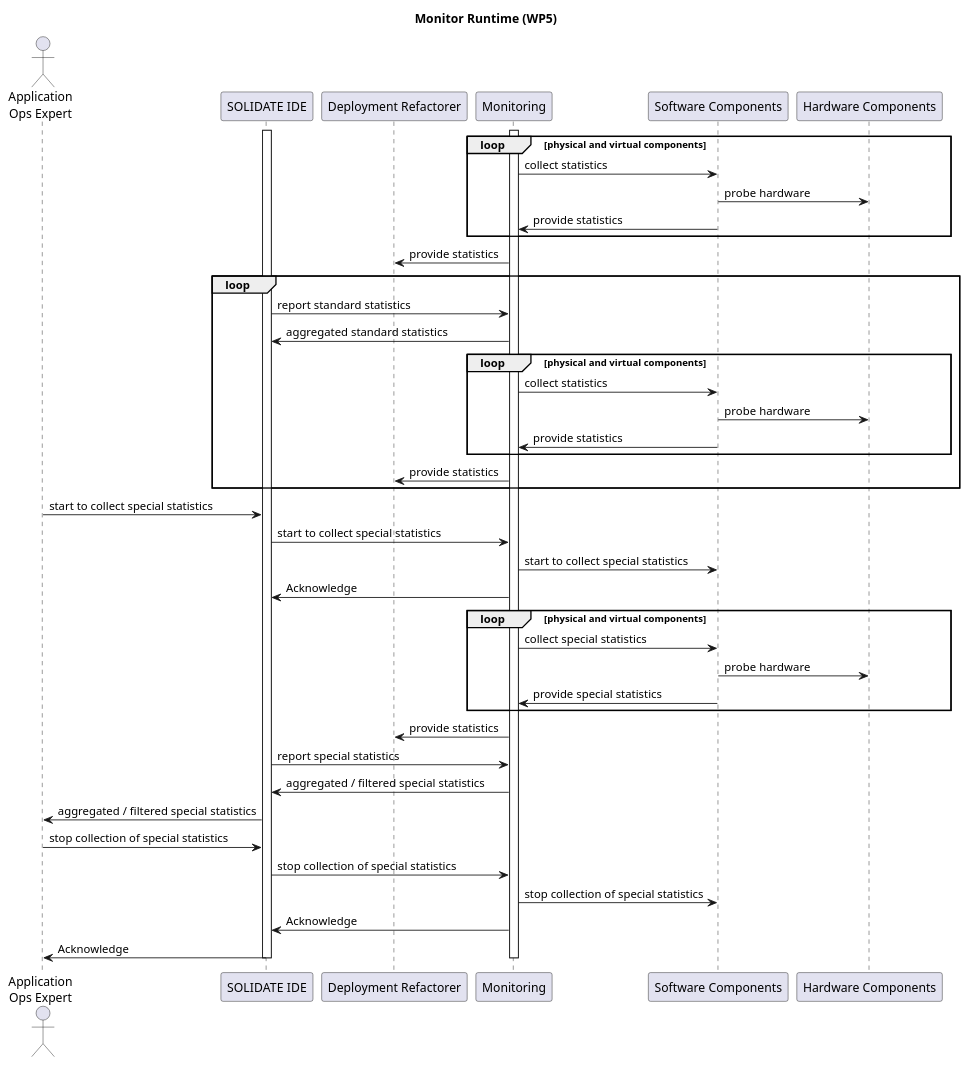
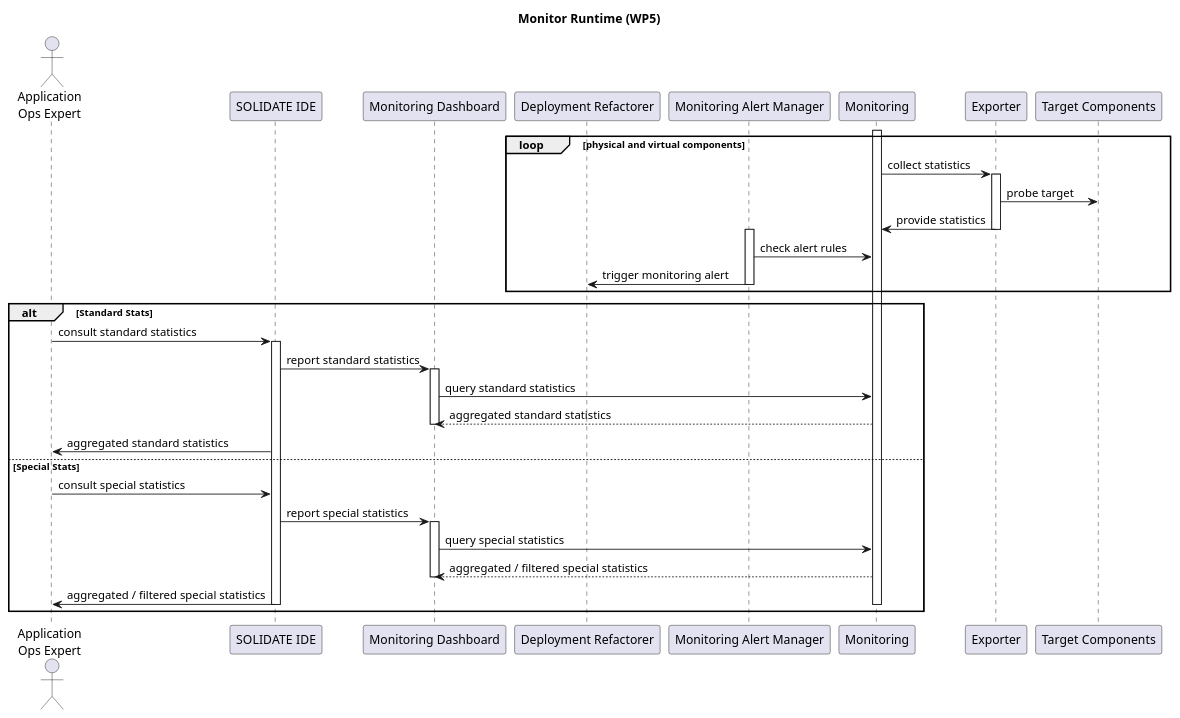
Before and after one commit to SODALITE-EU/project-wide-documentation: the diagram in uml/sequence-diagrams/UC-08-MonitorRuntime-WP5.puml, drawn with PlantUML. The commit also changed 6 other files, not shown here.

Commit message:
WP5 architecture and related UC updates from Atos

```diff
--- a/uml/sequence-diagrams/UC-08-MonitorRuntime-WP5.puml
+++ b/uml/sequence-diagrams/UC-08-MonitorRuntime-WP5.puml
@@ -1,53 +1,49 @@
 @startuml
 
 title Monitor Runtime (WP5)
 
 actor "Application\nOps Expert" as ops
 participant "SOLIDATE IDE" as ide
+participant "Monitoring Dashboard" as dash
 participant “Deployment Refactorer” as dr
+participant “Monitoring Alert Manager” as alert_mngr
 participant  "Monitoring" as monitoring
-participant "Software Components" as software
-participant "Hardware Components" as hardware
+participant "Exporter" as software
+participant "Target Components" as hardware
 
 activate monitoring
-activate ide
+
 loop physical and virtual components
   monitoring->software: collect statistics
-  software->hardware: probe hardware
+  activate software
+  software->hardware: probe target
   software->monitoring: provide statistics
-end
-monitoring->dr: provide statistics
-
-loop
-  ide->monitoring: report standard statistics
-  monitoring->ide: aggregated standard statistics
-  loop physical and virtual components
-    monitoring->software: collect statistics
-    software->hardware: probe hardware
-    software->monitoring: provide statistics
-  end
-  monitoring->dr: provide statistics
+  deactivate software
+  activate alert_mngr
+  monitoring<-alert_mngr: check alert rules
+  alert_mngr->dr: trigger monitoring alert
+  deactivate alert_mngr
 end
 
-ops->ide: start to collect special statistics
-ide->monitoring: start to collect special statistics
-monitoring->software: start to collect special statistics
-monitoring->ide: Acknowledge
-  loop physical and virtual components
-    monitoring->software: collect special statistics
-    software->hardware: probe hardware
-    software->monitoring: provide special statistics
-  end
-monitoring->dr: provide statistics
-ide->monitoring: report special statistics
-monitoring->ide: aggregated / filtered special statistics
+alt Standard Stats
+  ops->ide: consult standard statistics
+  activate ide
+  ide->dash: report standard statistics
+  activate dash
+  dash->monitoring: query standard statistics
+  monitoring-->dash: aggregated standard statistics
+  deactivate dash
+  ide->ops: aggregated standard statistics
+else Special Stats
+  ops->ide: consult special statistics
+  ide->dash: report special statistics
+  activate dash
+  dash->monitoring: query special statistics
+  monitoring-->dash: aggregated / filtered special statistics
+  deactivate dash
 ide->ops: aggregated / filtered special statistics
-ops->ide: stop collection of special statistics
-ide->monitoring: stop collection of special statistics
-monitoring->software: stop collection of special statistics
-monitoring->ide: Acknowledge
-ide->ops: Acknowledge
+
 deactivate ide
 deactivate monitoring
-
+end
 @enduml
```
